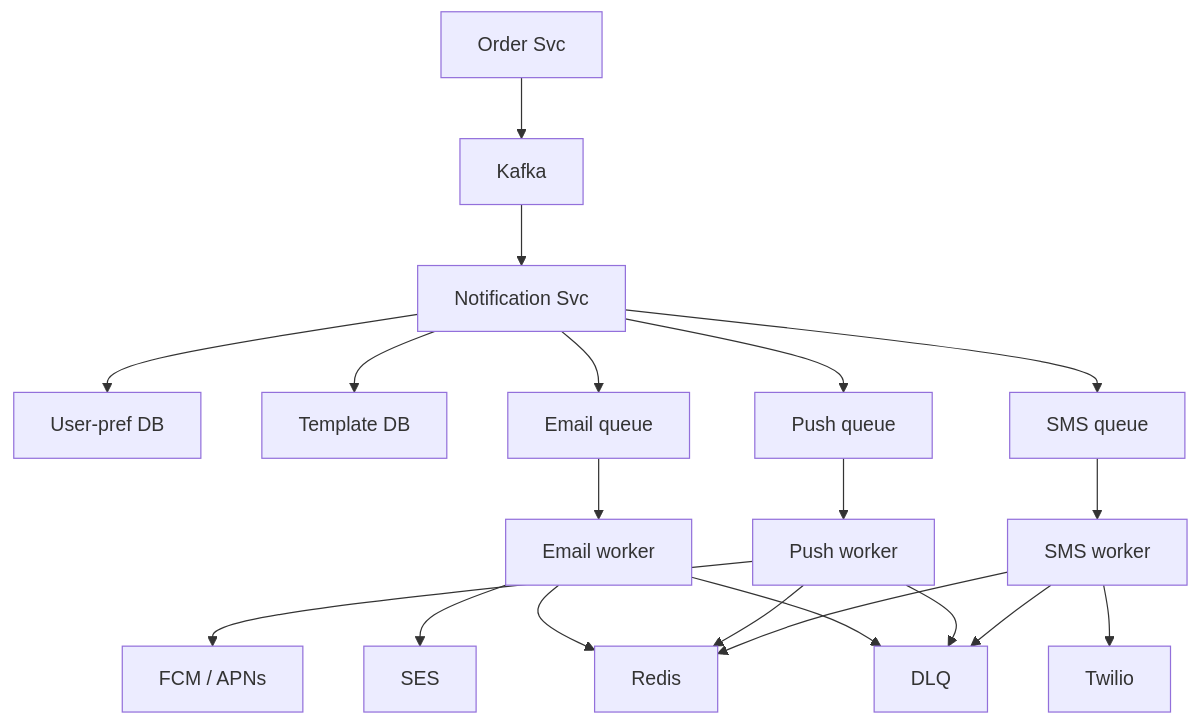
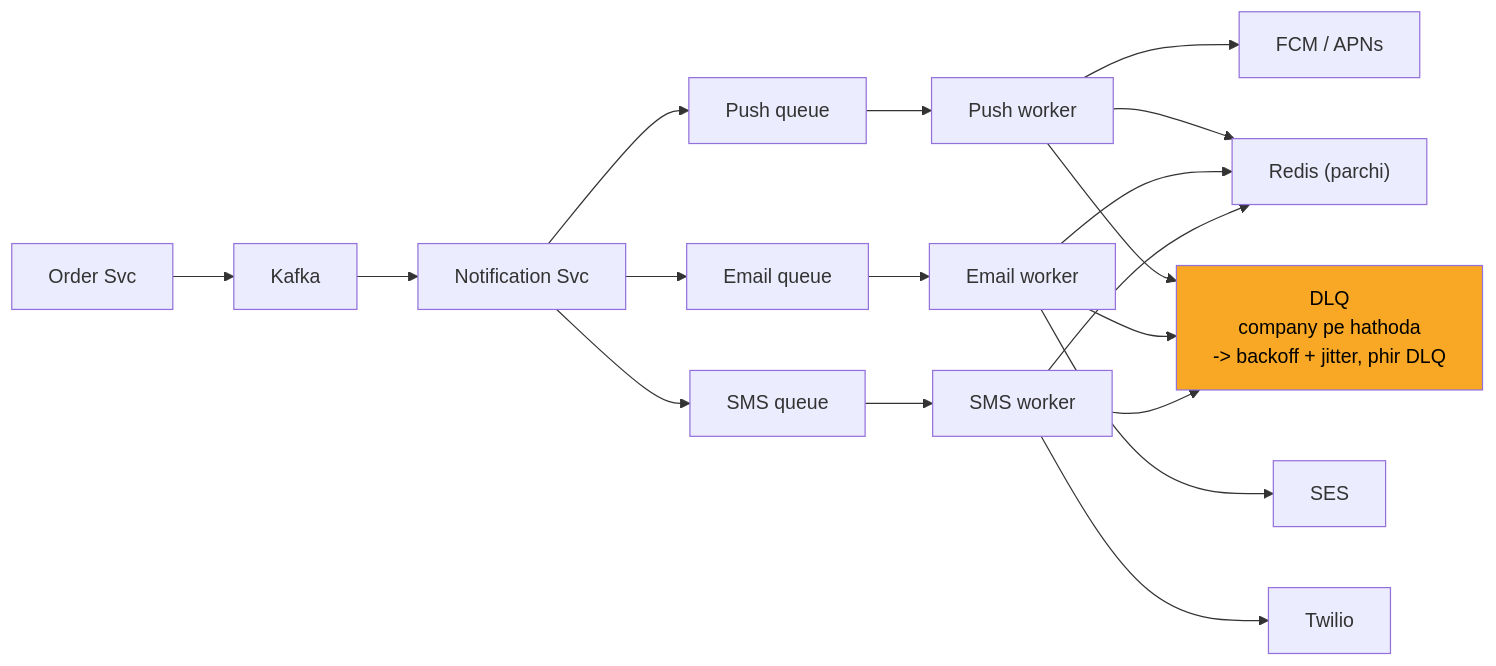
Before and after one commit to ArpanMaheshwari144/Prep: the sixth of 13 diagrams in 04_HLD/SYSTEM_DESIGNS/04_notification_system/04_notification_system.md, drawn with Mermaid. The commit also changed other lines of this file and 2 other files, not shown here.

Commit message:
notification, payment, file upload: one-day story, short cards, follow-ups with rules, highlighted diagrams

````diff
--- a/04_HLD/SYSTEM_DESIGNS/04_notification_system/04_notification_system.md
+++ b/04_HLD/SYSTEM_DESIGNS/04_notification_system/04_notification_system.md
@@ -320,38 +279,35 @@
 ```mermaid
-flowchart TD
+flowchart LR
     n_Order_Svc["Order Svc"]
     n_Kafka["Kafka"]
     n_Notification_Svc["Notification Svc"]
-    n_User_pref_DB["User-pref DB"]
-    n_Template_DB["Template DB"]
     n_Push_queue["Push queue"]
     n_Push_worker["Push worker"]
     n_FCM_APNs["FCM / APNs"]
     n_Email_queue["Email queue"]
     n_Email_worker["Email worker"]
     n_SES["SES"]
     n_SMS_queue["SMS queue"]
     n_SMS_worker["SMS worker"]
     n_Twilio["Twilio"]
-    n_Redis["Redis"]
-    n_DLQ["DLQ"]
+    n_Redis["Redis (parchi)"]
+    n_DLQ["DLQ<br/>company pe hathoda<br/>-> backoff + jitter, phir DLQ"]
     n_Order_Svc --> n_Kafka
     n_Kafka --> n_Notification_Svc
-    n_Notification_Svc --> n_User_pref_DB
     n_Notification_Svc --> n_Push_queue
     n_Notification_Svc --> n_Email_queue
     n_Notification_Svc --> n_SMS_queue
-    n_Notification_Svc --> n_Template_DB
     n_Push_queue --> n_Push_worker
     n_Push_worker --> n_FCM_APNs
     n_Email_queue --> n_Email_worker
     n_Email_worker --> n_SES
     n_SMS_queue --> n_SMS_worker
     n_SMS_worker --> n_Twilio
-    n_SMS_worker --> n_Redis
-    n_SMS_worker --> n_DLQ
     n_Push_worker --> n_Redis
     n_Email_worker --> n_Redis
+    n_SMS_worker --> n_Redis
     n_Push_worker --> n_DLQ
     n_Email_worker --> n_DLQ
+    n_SMS_worker --> n_DLQ
+    style n_DLQ fill:#f9a825,color:#000
 ```
````
